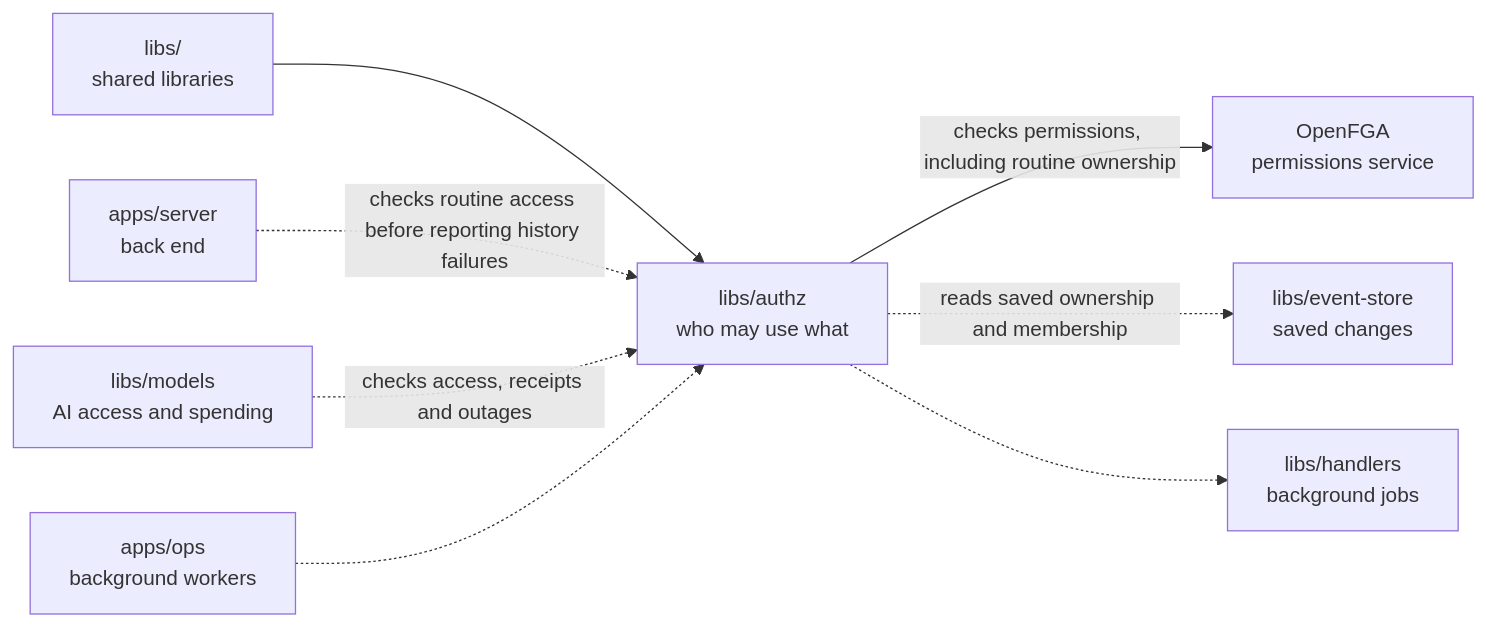
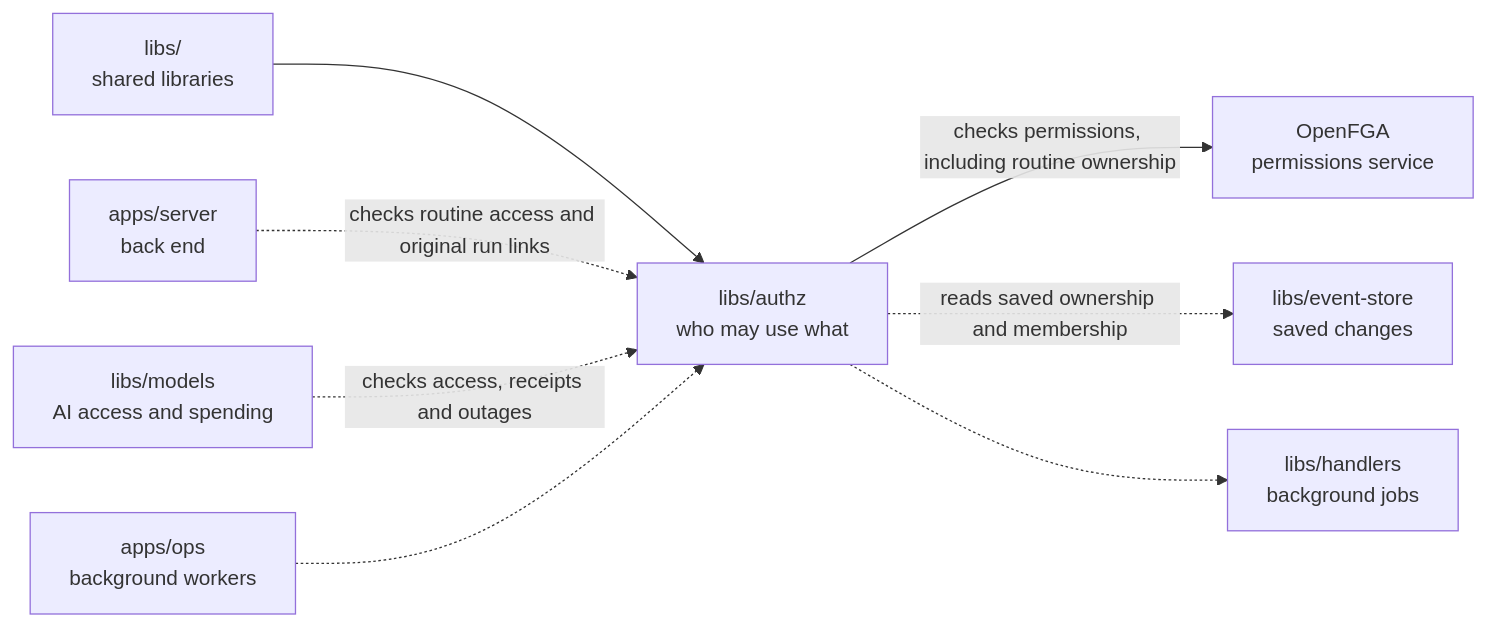
One commit to elewa-git/opencrane-new changed the diagram in libs/authz/README.md. Above: the diagram before and after it, drawn with Mermaid. The commit also changed other lines of this file and 4 other files, not shown here.

````diff
--- a/libs/authz/README.md
+++ b/libs/authz/README.md
@@ -20,10 +20,10 @@
 ```mermaid
 flowchart LR
   parent["libs/<br/>shared libraries"] --> authz["libs/authz<br/>who may use what"]
-  server["apps/server<br/>back end"] -.->|checks routine access before reporting history failures| authz
+  server["apps/server<br/>back end"] -.->|checks routine access and original run links| authz
   models["libs/models<br/>AI access and spending"] -.->|checks access, receipts and outages| authz
   ops["apps/ops<br/>background workers"] -.-> authz
   authz -->|checks permissions, including routine ownership| fga["OpenFGA<br/>permissions service"]
   authz -.->|reads saved ownership and membership| store["libs/event-store<br/>saved changes"]
   authz -.-> handlers["libs/handlers<br/>background jobs"]
 ```
````
